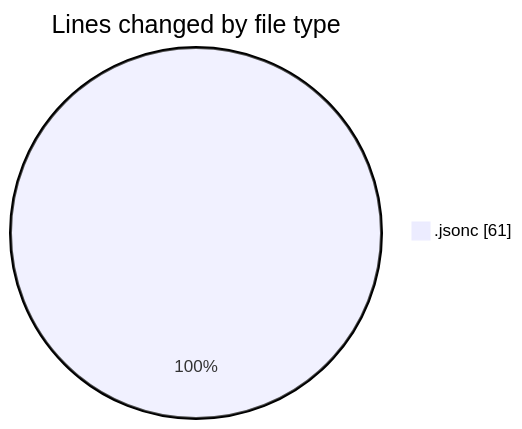
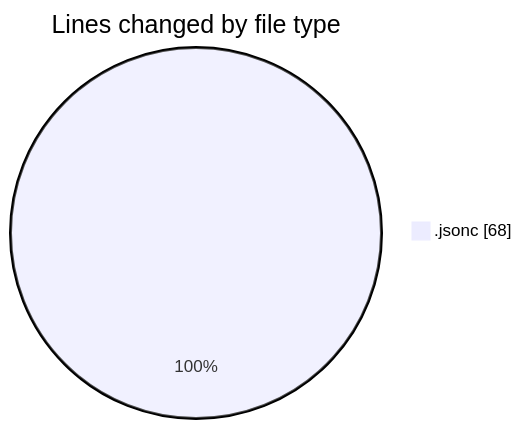
The first of 2 diagrams in 2025-08-03/opencode/README.md (EIIisD/code-tracking), drawn with Mermaid before and after one commit. The commit also changed other lines of this file and 1 other file, not shown here.

````diff
--- a/2025-08-03/opencode/README.md
+++ b/2025-08-03/opencode/README.md
@@ -20,5 +20,5 @@
 ```mermaid
 pie showData
 title Lines changed by file type
-".jsonc" : 61
+".jsonc" : 68
 ```
````
